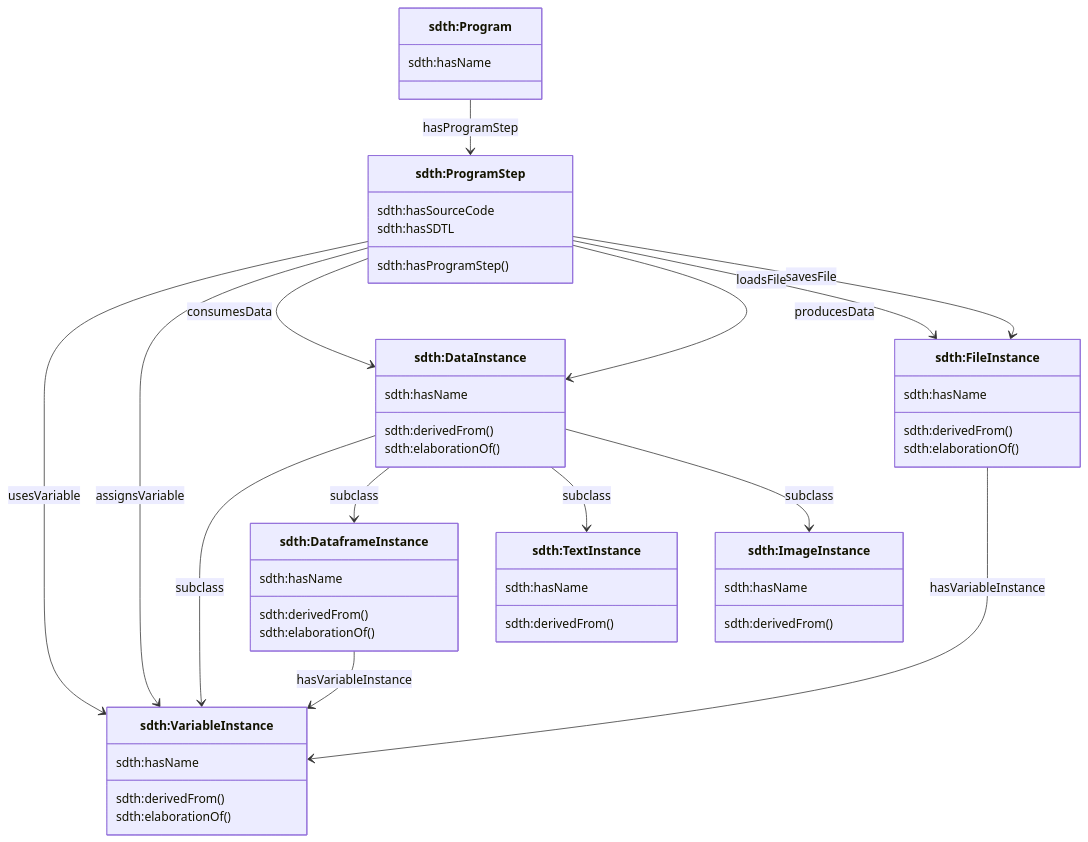
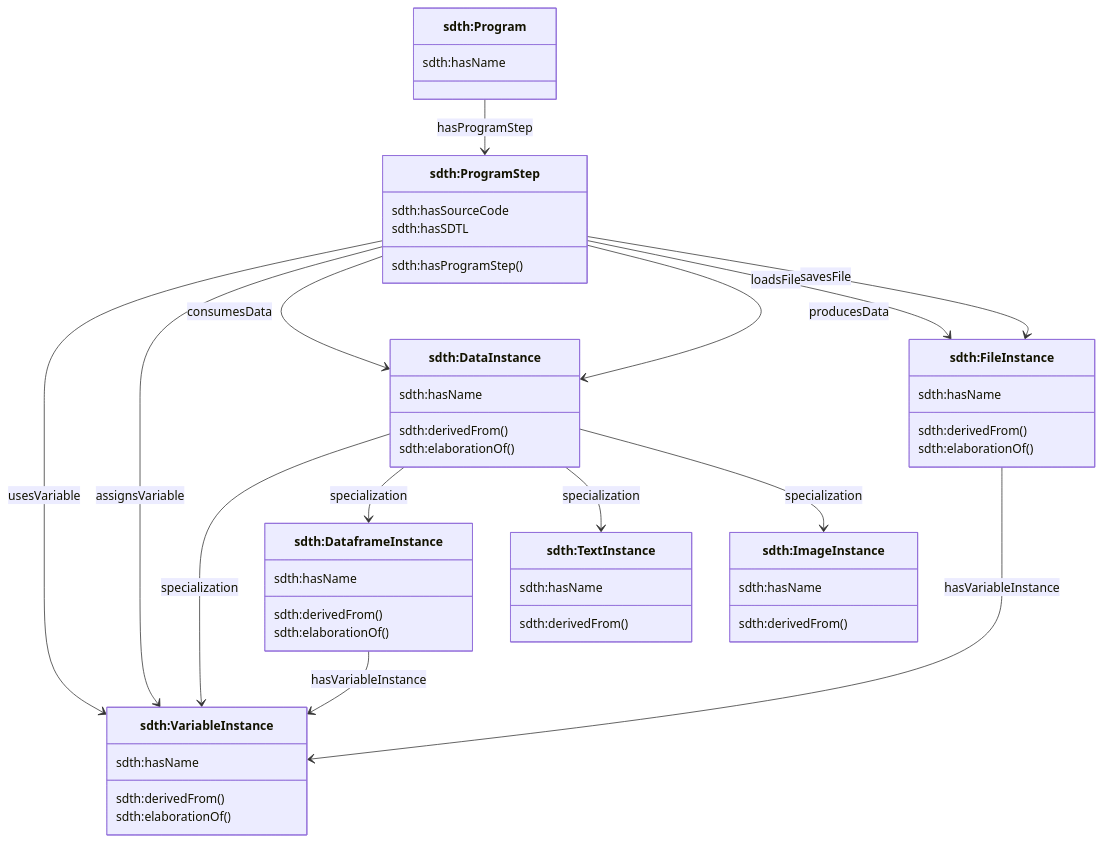
Before and after one commit to ddialliance/sdtl: the diagram in SDTH/doc/assets/sdth_diagram.mmd, drawn with Mermaid.

Commit message:
graph revised

```diff
--- a/SDTH/doc/assets/sdth_diagram.mmd
+++ b/SDTH/doc/assets/sdth_diagram.mmd
@@ -1,76 +1,76 @@
 
 %%{init: {'theme': 'default', 'themeCSS': 'svg { background-color: white; }'}}%%
 
 classDiagram
   
   class DataInstance["sdth:DataInstance"] {
     sdth:hasName
     sdth:derivedFrom()
     sdth:elaborationOf()
   }
   class Program["sdth:Program"] {
     sdth:hasName
      }
 
   class ProgramStep["sdth:ProgramStep"] {
     sdth:hasSourceCode
     sdth:hasSDTL
     sdth:hasProgramStep()
   } 
  class FileInstance["sdth:FileInstance"] {
     sdth:hasName
     sdth:derivedFrom()
     sdth:elaborationOf()
   }
   class DataframeInstance["sdth:DataframeInstance"] {
     sdth:hasName
     sdth:derivedFrom()
     sdth:elaborationOf()
   }
 
   class VariableInstance["sdth:VariableInstance"] {
     sdth:hasName 
     sdth:derivedFrom()
     sdth:elaborationOf()   
   }
 
   class TextInstance["sdth:TextInstance"] {
     sdth:hasName
     sdth:derivedFrom()
   }
   class ImageInstance["sdth:ImageInstance"] {
     sdth:hasName
     sdth:derivedFrom()
   }
 
 
  
 
- DataInstance --> VariableInstance  : subclass
- DataInstance --> DataframeInstance : subclass  
-  DataInstance --> TextInstance : subclass
- DataInstance --> ImageInstance : subclass
+ DataInstance --> VariableInstance  : specialization
+ DataInstance --> DataframeInstance : specialization  
+  DataInstance --> TextInstance : specialization
+ DataInstance --> ImageInstance : specialization
 
 
  Program --> ProgramStep : hasProgramStep
 
  ProgramStep --> VariableInstance : usesVariable
  ProgramStep --> VariableInstance : assignsVariable
  ProgramStep --> DataInstance : consumesData
  ProgramStep --> DataInstance : producesData
  ProgramStep --> FileInstance : loadsFile
  ProgramStep --> FileInstance : savesFile
 
 
  DataframeInstance --> VariableInstance : hasVariableInstance
 
  FileInstance --> VariableInstance : hasVariableInstance
 %% DataInstance --> DataInstance : sdth_derivedFrom
 
 %%   DataframeInstance --> DataframeInstance : sdth_derivedFrom
 %%   DataframeInstance --> DataframeInstance : sdth_elaborationOf
 
 %%   FileInstance --> FileInstance : sdth_derivedFrom
 %%   FileInstance --> FileInstance : sdth_elaborationOf
 %%  VariableInstance --> VariableInstance : sdth_derivedFrom
 %% VariableInstance --> VariableInstance : sdth_elaborationOf
```
